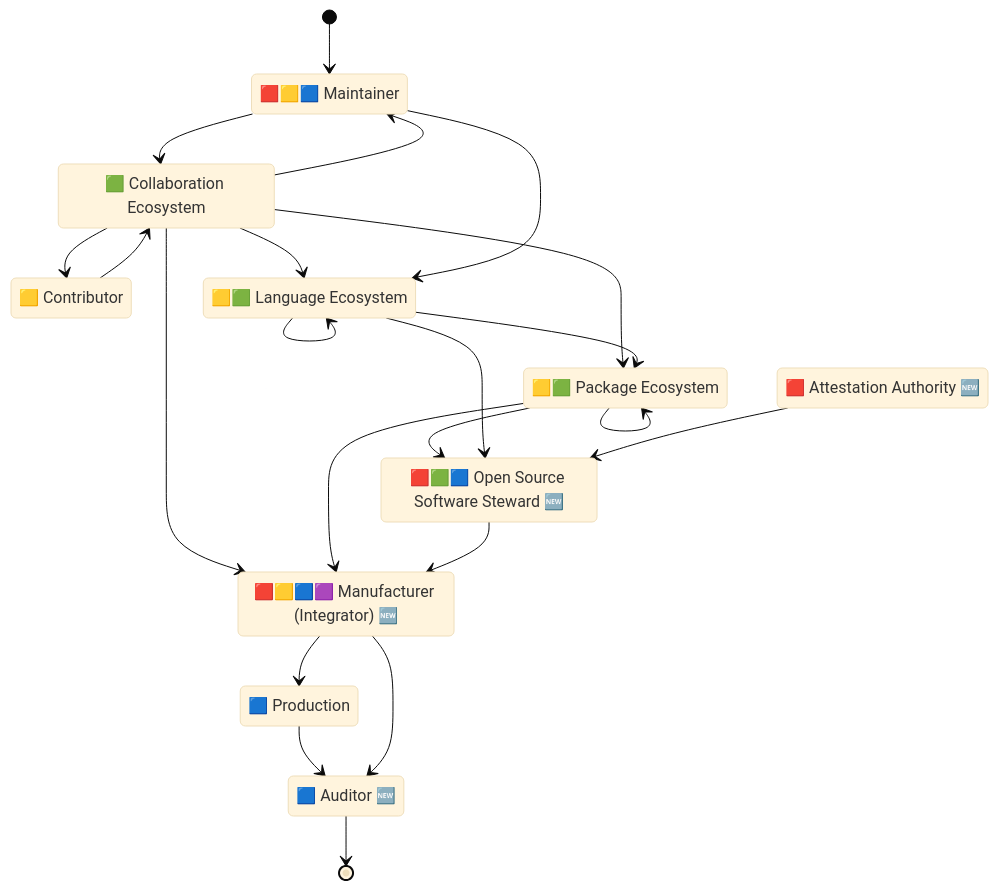
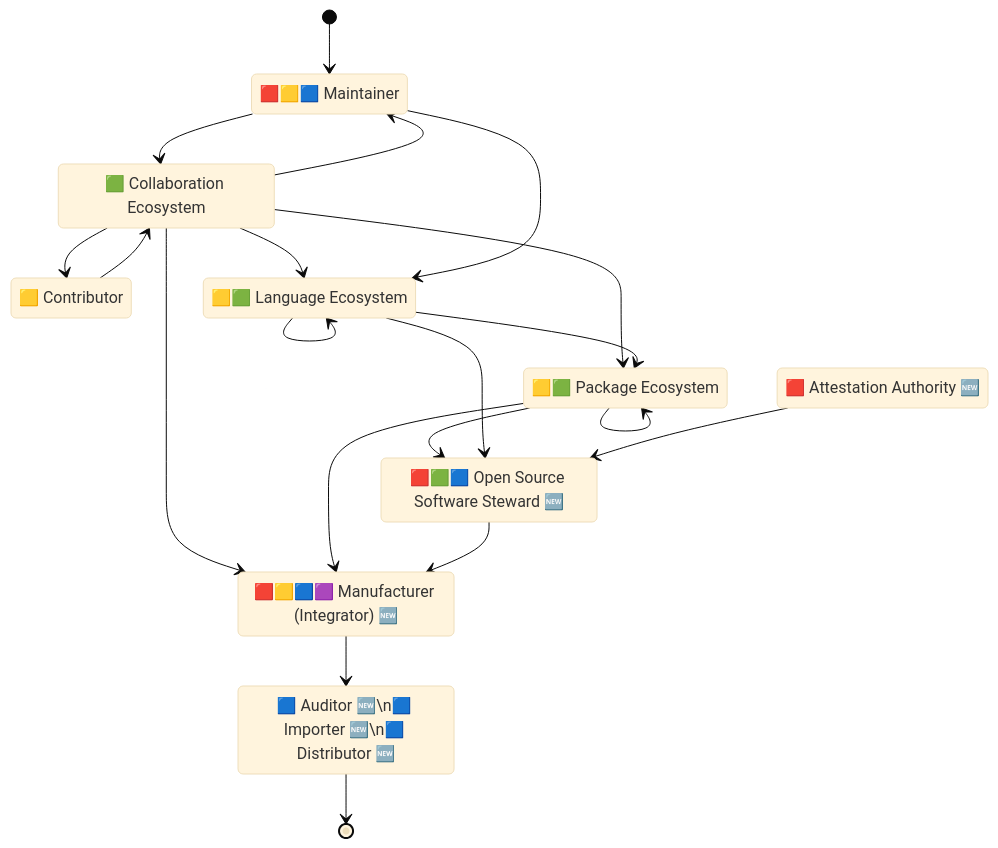
The second of 3 diagrams in docs/supplychain-sbom.md (CPAN-Security/security.metacpan.org), drawn with Mermaid (base theme) before and after one commit. The commit also changed other lines of this file and 1 other file, not shown here.

Commit message:
Prefer the term 'Provider' instead of 'Distributor', because of the CRA's use of this term.

````diff
--- a/docs/supplychain-sbom.md
+++ b/docs/supplychain-sbom.md
@@ -119,45 +119,42 @@
 ```mermaid
 stateDiagram-v2
     direction TB
 
     state "🟥🟨🟦 Maintainer" as environment_maintainer
     state "🟨 Contributor" as environment_contributor
     state "🟩 Collaboration Ecosystem" as ecosystem_repo
     state "🟨🟩 Language Ecosystem" as ecosystem_lang
     state "🟨🟩 Package Ecosystem" as ecosystem_package
     state "🟥 Attestation Authority 🆕" as authority_attestation
     state "🟥🟩🟦 Open Source Software Steward 🆕" as ecosystem_steward
     %%state "🟩 Delivery Network" as network_distributor
     state "🟥🟨🟦🟪 Manufacturer (Integrator) 🆕" as environment_manufacturer
-    state "🟦 Production" as environment_prod
-    state "🟦 Auditor 🆕" as authority_auditor
+    state "🟦 Auditor 🆕\n🟦 Importer 🆕\n🟦 Distributor 🆕" as authority_auditor
 
     [*]                      --> environment_maintainer
     ecosystem_repo           --> environment_maintainer
     ecosystem_repo           --> environment_contributor
     ecosystem_repo           --> ecosystem_package
     ecosystem_repo           --> ecosystem_lang
     ecosystem_repo           --> environment_manufacturer
     environment_maintainer   --> ecosystem_repo
     environment_maintainer   --> ecosystem_lang
     environment_contributor  --> ecosystem_repo
     ecosystem_lang           --> ecosystem_lang
     %%environment_maintainer   --> network_distributor
     %%ecosystem_lang           --> network_distributor
     %%ecosystem_package        --> network_distributor
     ecosystem_lang           --> ecosystem_package
     ecosystem_package        --> ecosystem_package
     ecosystem_package        --> ecosystem_steward
     ecosystem_lang           --> ecosystem_steward
     authority_attestation    --> ecosystem_steward
     %%network_distributor      --> environment_manufacturer
     ecosystem_package        --> environment_manufacturer
     ecosystem_steward        --> environment_manufacturer
-    environment_manufacturer --> environment_prod
-    environment_prod         --> authority_auditor
     environment_manufacturer --> authority_auditor
     authority_auditor        --> [*]
 
     %% Copyright © 2024 Salve J. Nilsen <sjn@oslo.pm>
     %% Some rights reserved. Licensed CC-BY-SA-4.0
 ```
````
